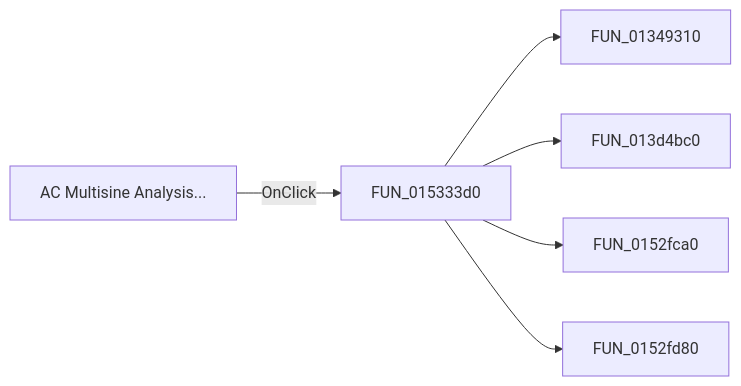
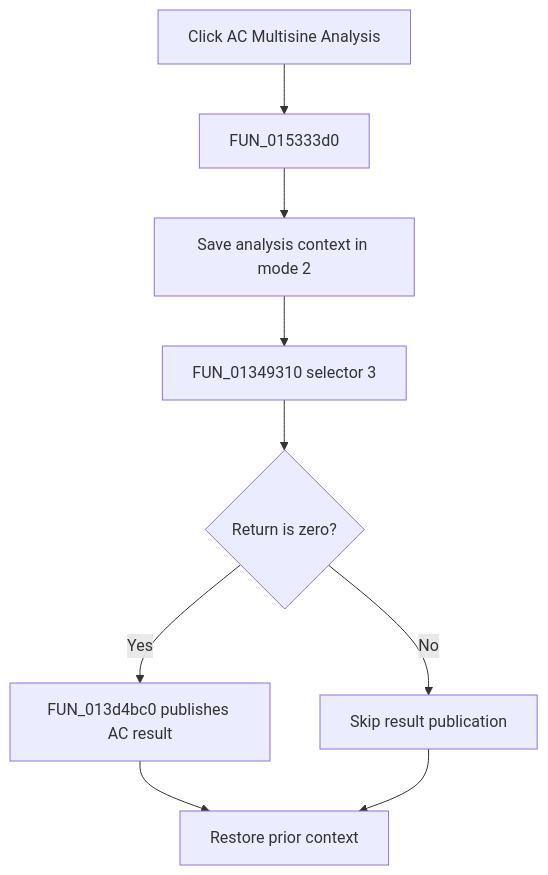
Before and after one commit to MovGP0/TIARA: the diagram in docs/ui-controls/netlisteditor/miacmultisineanalysis-db80fea978.md, drawn with Mermaid. The commit also changed other lines of this file and 1062 other files, not shown here.

````diff
--- a/docs/ui-controls/netlisteditor/miacmultisineanalysis-db80fea978.md
+++ b/docs/ui-controls/netlisteditor/miacmultisineanalysis-db80fea978.md
@@ -27,8 +29,11 @@
 ```mermaid
-flowchart LR
-    control["AC Multisine Analysis..."] -->|OnClick| handler["FUN_015333d0"]
-    handler --> call1["FUN_01349310"]
-    handler --> call2["FUN_013d4bc0"]
-    handler --> call3["FUN_0152fca0"]
-    handler --> call4["FUN_0152fd80"]
+flowchart TD
+    control["Click AC Multisine Analysis"] --> handler["FUN_015333d0"]
+    handler --> prepare["Save analysis context in mode 2"]
+    prepare --> analyze["FUN_01349310 selector 3"]
+    analyze --> zero{"Return is zero?"}
+    zero -->|Yes| publish["FUN_013d4bc0 publishes AC result"]
+    zero -->|No| skip["Skip result publication"]
+    publish --> restore["Restore prior context"]
+    skip --> restore
 ```
````
